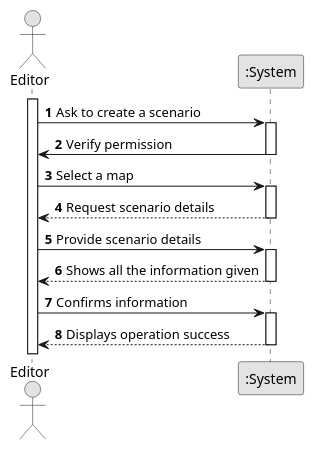
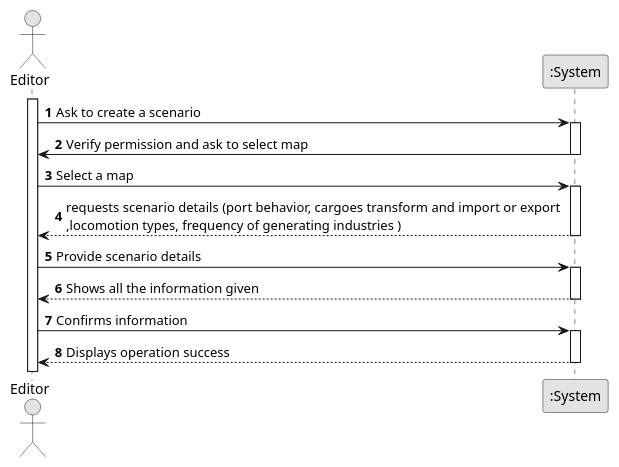
The diagram in docs/system-documentation/US04/01.requirements-engineering.us04/puml/us04Diagram.puml (Andremonteiro1240850/railway_simulator), drawn with PlantUML before and after one commit. The commit also changed 22 other files, not shown here.

```diff
--- a/docs/system-documentation/US04/01.requirements-engineering.us04/puml/us04Diagram.puml
+++ b/docs/system-documentation/US04/01.requirements-engineering.us04/puml/us04Diagram.puml
@@ -1,36 +1,36 @@
 @startuml
 skinparam monochrome true
 skinparam packageStyle rectangle
 skinparam shadowing false
 
 autonumber
 
 actor "Editor" as Employee
 participant ":System" as System
 
 activate Employee
 
     Employee -> System : Ask to create a scenario
         activate System
 
-    System -> Employee : Verify permission
+    System -> Employee : Verify permission and ask to select map
     deactivate System
 
     Employee -> System : Select a map
         activate System
 
-    System --> Employee :  Request scenario details
+    System --> Employee :  requests scenario details (port behavior, cargoes transform and import or export \n,locomotion types, frequency of generating industries )
         deactivate System
 
     Employee -> System : Provide scenario details
         activate System
 
     System --> Employee : Shows all the information given
         deactivate System
 
     Employee -> System : Confirms information
         activate System
 
     System --> Employee : Displays operation success
         deactivate System
 @enduml
```
